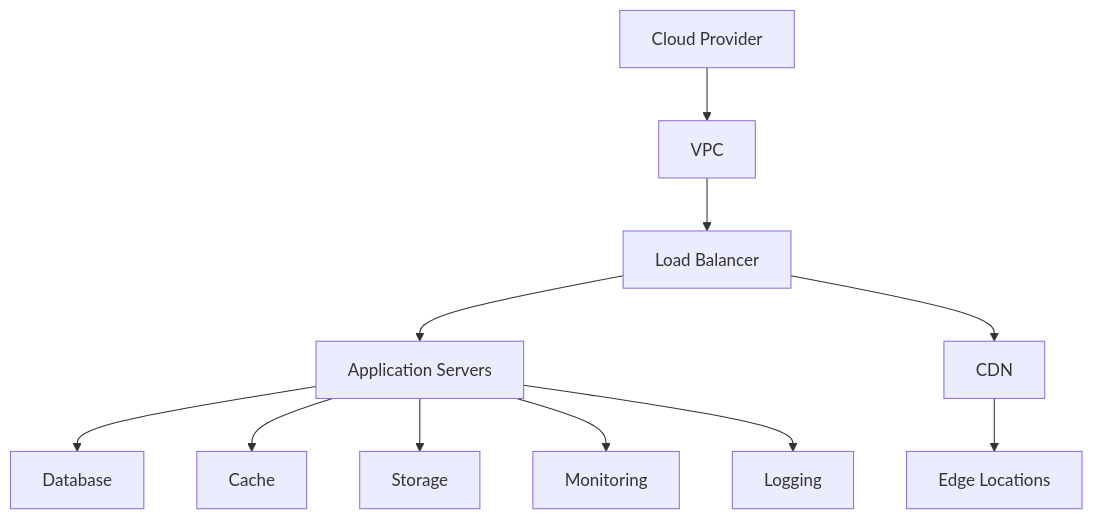
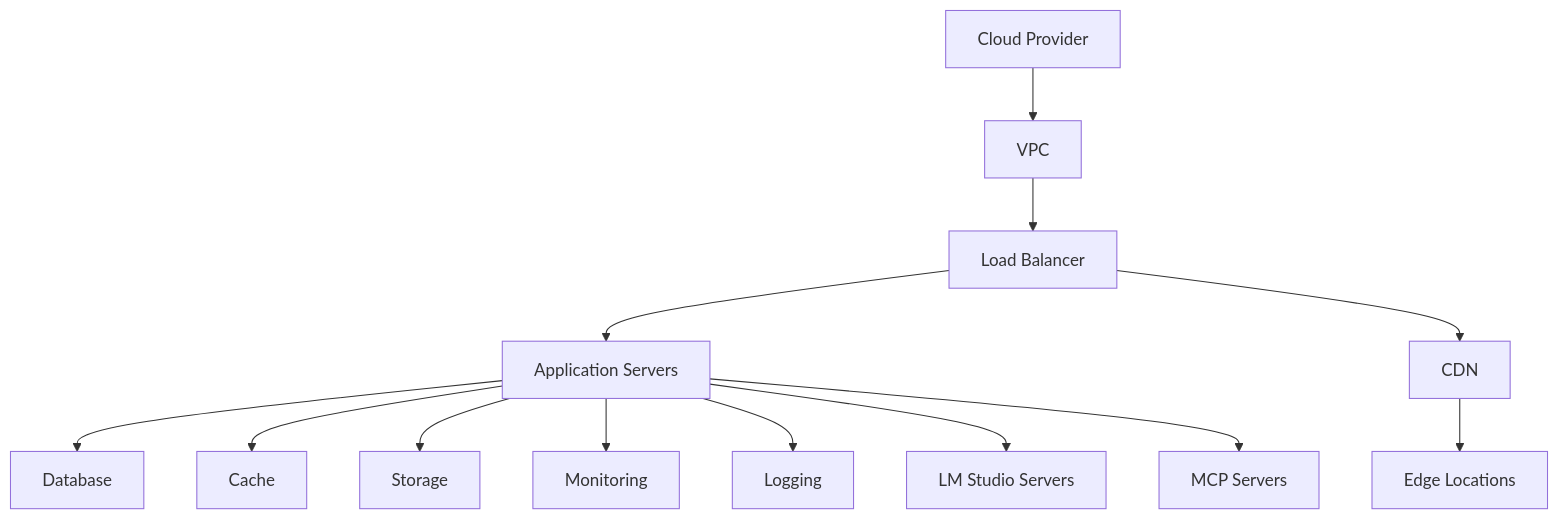
One commit to SimoKiihamaki/cognicore changed the fourth of 4 diagrams in docs/deployment.md. Above: the diagram before and after it, drawn with Mermaid. The commit also changed other lines of this file and 129 other files, not shown here.

````diff
--- a/docs/deployment.md
+++ b/docs/deployment.md
@@ -149,15 +178,18 @@
 ```mermaid
 graph TD
     A[Cloud Provider] --> B[VPC]
     B --> C[Load Balancer]
     C --> D[Application Servers]
     D --> E[Database]
     D --> F[Cache]
     D --> G[Storage]
     
     C --> H[CDN]
     H --> I[Edge Locations]
     
     D --> J[Monitoring]
     D --> K[Logging]
+    
+    D --> L[LM Studio Servers]
+    D --> M[MCP Servers]
 ```
````
